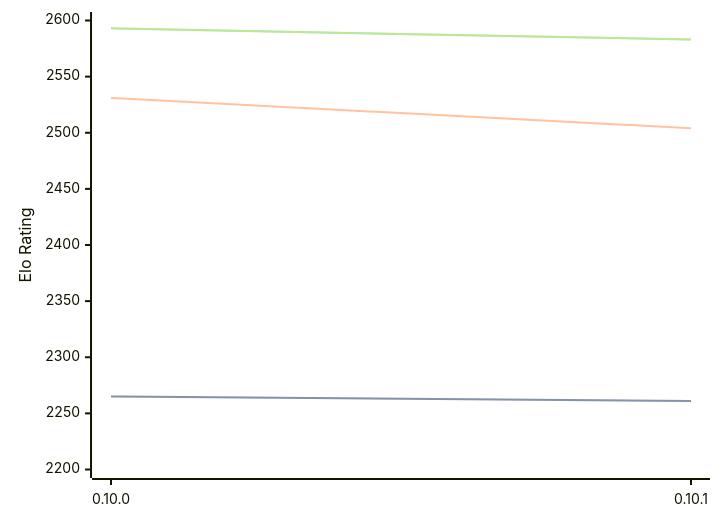
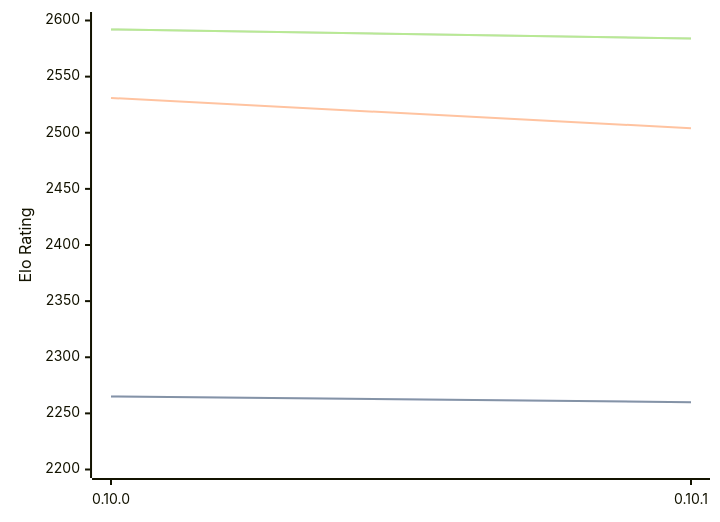
The third of 3 diagrams in engines/Fatalii.md (computer-chess-index/cci), drawn with Mermaid before and after one commit. The commit also changed other lines of this file, not shown here.

Commit message:
Update CCI Ratings (ELO VLTC) - 2026-06-19

````diff
--- a/engines/Fatalii.md
+++ b/engines/Fatalii.md
@@ -79,11 +79,11 @@
 ```mermaid
 %%{init: {"theme":"base","themeVariables":{"seriesColors:['#a3a3a3','#222221','#faa371']}}}%%
 xychart-beta
   x-axis ["0.10.0", "0.10.1"]
   y-axis "Elo Rating" 2200 --> 2600
-  line "STC (8.0+0.08s)" [2265, 2261]
-  line "STC (8.0+0.08s)" [2265, 2261]
+  line "STC (8.0+0.08s)" [2265, 2260]
+  line "STC (8.0+0.08s)" [2265, 2260]
   line "LTC (60.0+0.60s)" [2531, 2504]
-  line "VLTC (2m24s+1.12s)" [2593, 2583]
-  line "VLTC (2m24s+1.12s)" [2593, 2583]
+  line "VLTC (2m24s+1.12s)" [2592, 2584]
+  line "VLTC (2m24s+1.12s)" [2592, 2584]
 ```
````
